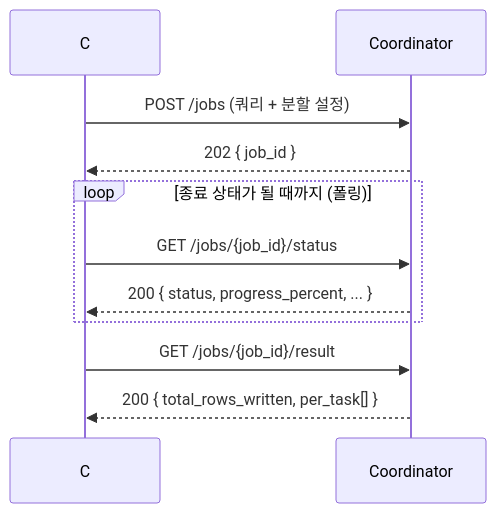
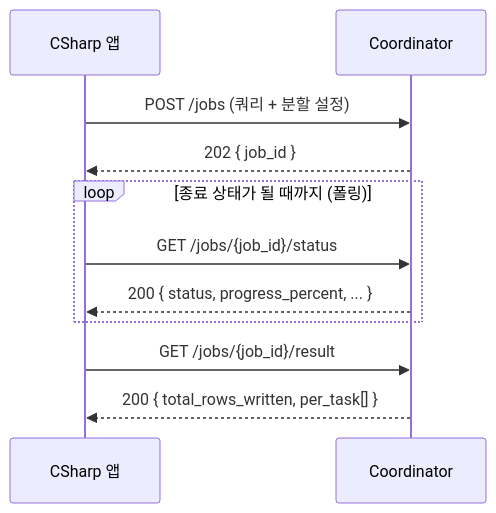
The first of 2 diagrams in INTEGRATION.md (DataDynamics/distributed-query-executor), drawn with Mermaid before and after one commit.

Commit message:
Mermaid 수정

````diff
--- a/INTEGRATION.md
+++ b/INTEGRATION.md
@@ -46,13 +46,13 @@
 ```mermaid
 sequenceDiagram
-    participant App as C# 앱
+    participant App as CSharp 앱
     participant Co as Coordinator
     App->>Co: POST /jobs (쿼리 + 분할 설정)
     Co-->>App: 202 { job_id }
     loop 종료 상태가 될 때까지 (폴링)
         App->>Co: GET /jobs/{job_id}/status
         Co-->>App: 200 { status, progress_percent, ... }
     end
     App->>Co: GET /jobs/{job_id}/result
     Co-->>App: 200 { total_rows_written, per_task[] }
 ```
````
